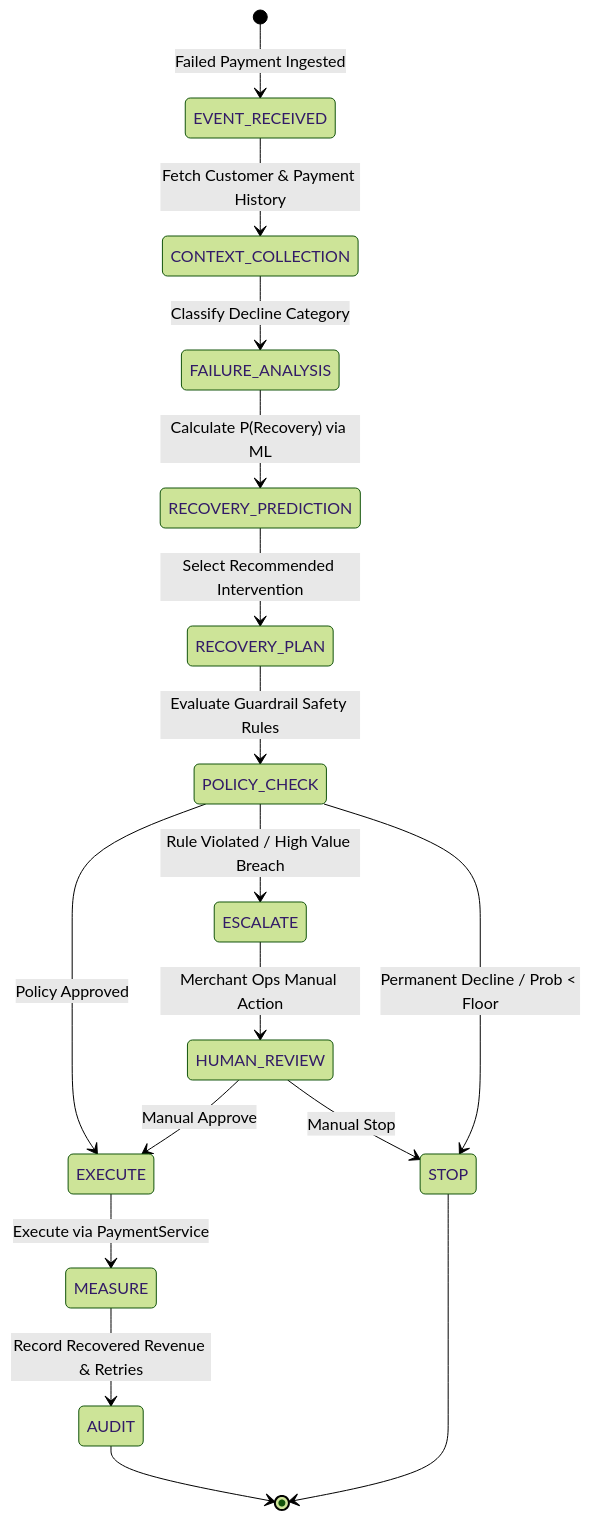
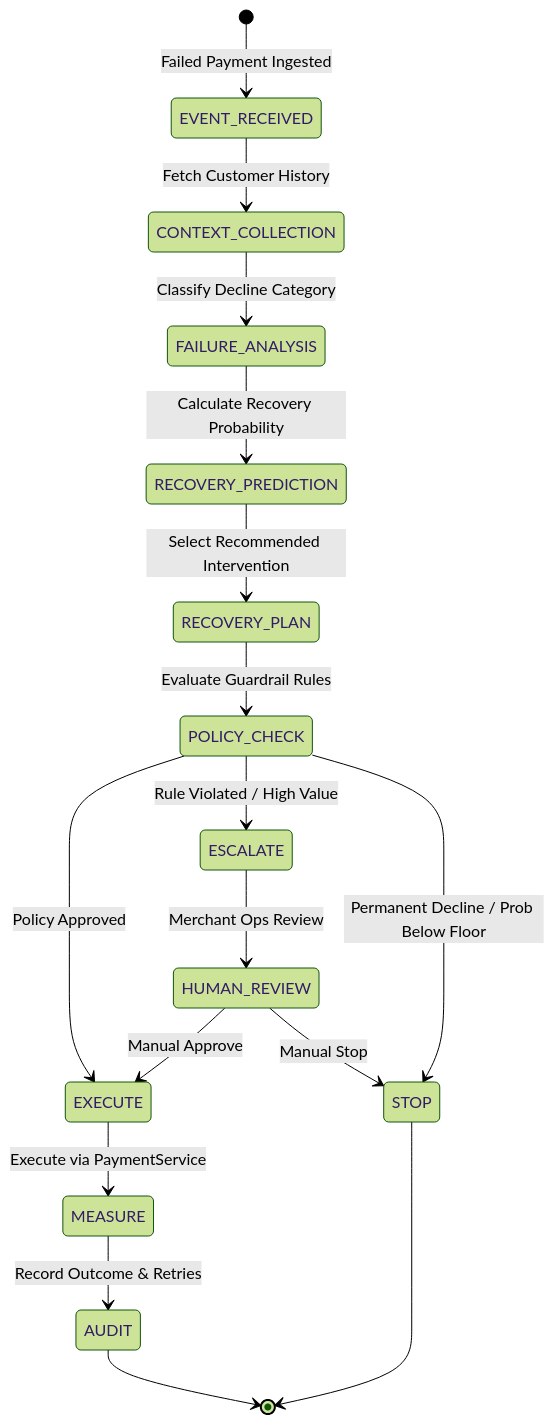
Before and after one commit to pavxxx/revivePay: the second of 4 diagrams in README.md, drawn with Mermaid (forest theme). The commit also changed other lines of this file, not shown here.

Commit message:
docs: fix Mermaid syntax and math formatting in README.md

````diff
--- a/README.md
+++ b/README.md
@@ -61,23 +61,23 @@
 ```mermaid
 stateDiagram-v2
     [*] --> EVENT_RECEIVED: Failed Payment Ingested
-    EVENT_RECEIVED --> CONTEXT_COLLECTION: Fetch Customer & Payment History
+    EVENT_RECEIVED --> CONTEXT_COLLECTION: Fetch Customer History
     CONTEXT_COLLECTION --> FAILURE_ANALYSIS: Classify Decline Category
-    FAILURE_ANALYSIS --> RECOVERY_PREDICTION: Calculate P(Recovery) via ML
+    FAILURE_ANALYSIS --> RECOVERY_PREDICTION: Calculate Recovery Probability
     RECOVERY_PREDICTION --> RECOVERY_PLAN: Select Recommended Intervention
-    RECOVERY_PLAN --> POLICY_CHECK: Evaluate Guardrail Safety Rules
+    RECOVERY_PLAN --> POLICY_CHECK: Evaluate Guardrail Rules
     
     POLICY_CHECK --> EXECUTE: Policy Approved
-    POLICY_CHECK --> ESCALATE: Rule Violated / High Value Breach
-    POLICY_CHECK --> STOP: Permanent Decline / Prob < Floor
+    POLICY_CHECK --> ESCALATE: Rule Violated / High Value
+    POLICY_CHECK --> STOP: Permanent Decline / Prob Below Floor
     
     EXECUTE --> MEASURE: Execute via PaymentService
-    MEASURE --> AUDIT: Record Recovered Revenue & Retries
-    ESCALATE --> HUMAN_REVIEW: Merchant Ops Manual Action
+    MEASURE --> AUDIT: Record Outcome & Retries
+    ESCALATE --> HUMAN_REVIEW: Merchant Ops Review
     
     HUMAN_REVIEW --> EXECUTE: Manual Approve
     HUMAN_REVIEW --> STOP: Manual Stop
     
     AUDIT --> [*]
     STOP --> [*]
 ```
````
